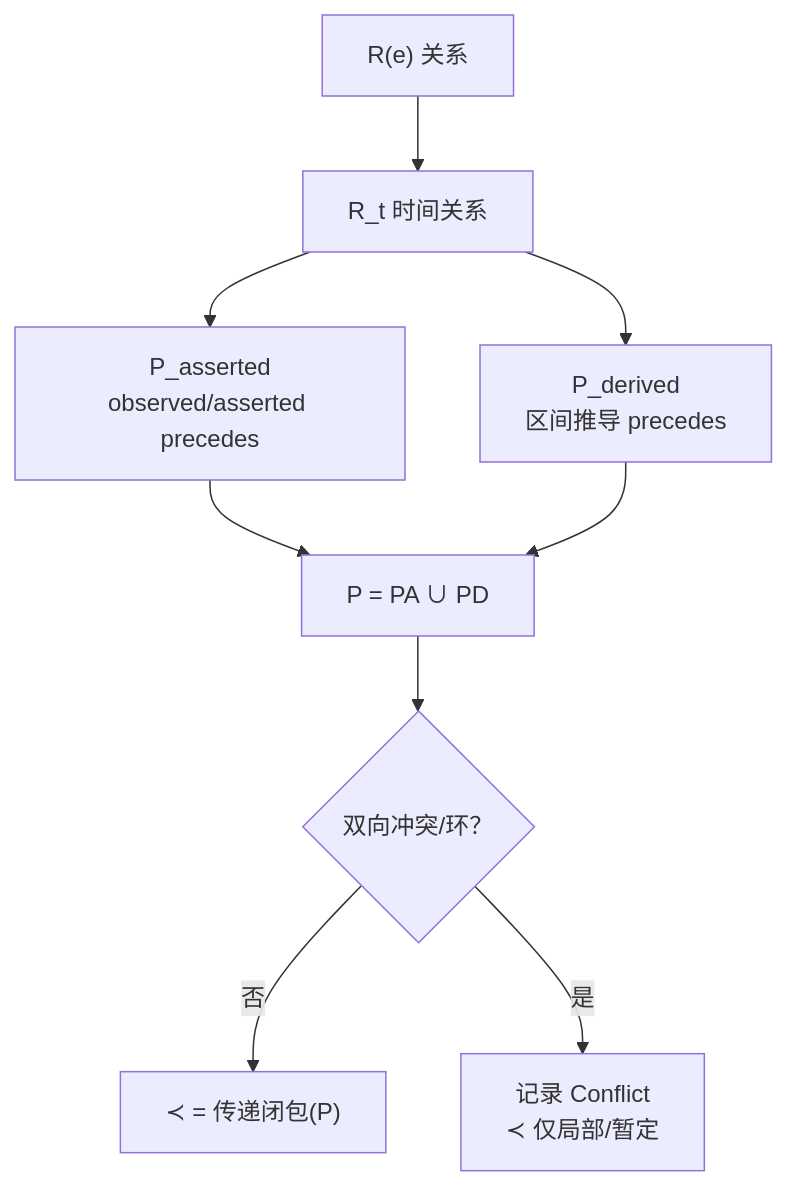
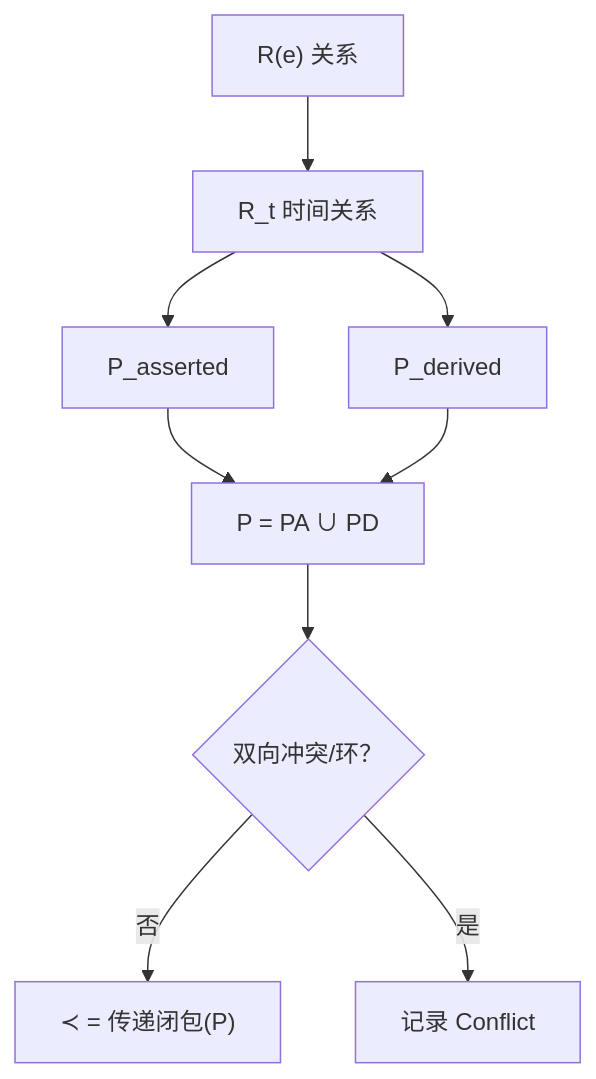
One commit to AgenticFinLab/FinMycelium changed the second of 4 diagrams in docs/structures/8-formal-model.md. Above: the diagram before and after it, drawn with Mermaid. The commit also changed other lines of this file and 8 other files, not shown here.

First line of the commit message:
docs: fix Mermaid render errors and simplify framework diagrams

````diff
--- a/docs/structures/8-formal-model.md
+++ b/docs/structures/8-formal-model.md
@@ -145,12 +144,12 @@
 ```mermaid
 flowchart TB
     R["R(e) 关系"]
     R --> T["R_t 时间关系"]
-    T --> PA["P_asserted<br/>observed/asserted precedes"]
-    T --> PD["P_derived<br/>区间推导 precedes"]
+    T --> PA["P_asserted"]
+    T --> PD["P_derived"]
     PA --> P["P = PA ∪ PD"]
     PD --> P
     P --> C{"双向冲突/环？"}
-    C -- "否" --> POS["≺ = 传递闭包(P)"]
-    C -- "是" --> CON["记录 Conflict<br/>≺ 仅局部/暂定"]
+    C -->|否| POS["≺ = 传递闭包(P)"]
+    C -->|是| CON["记录 Conflict"]
 ```
````
